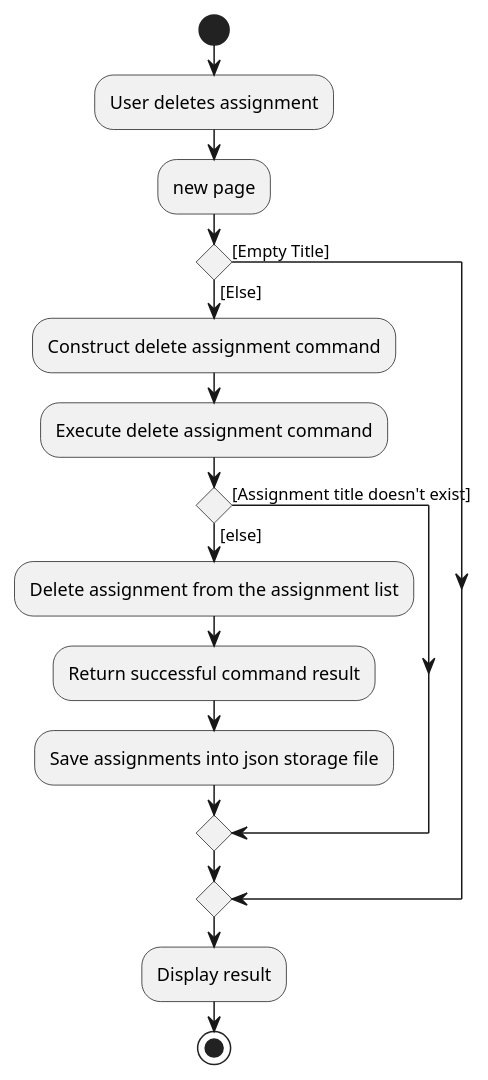
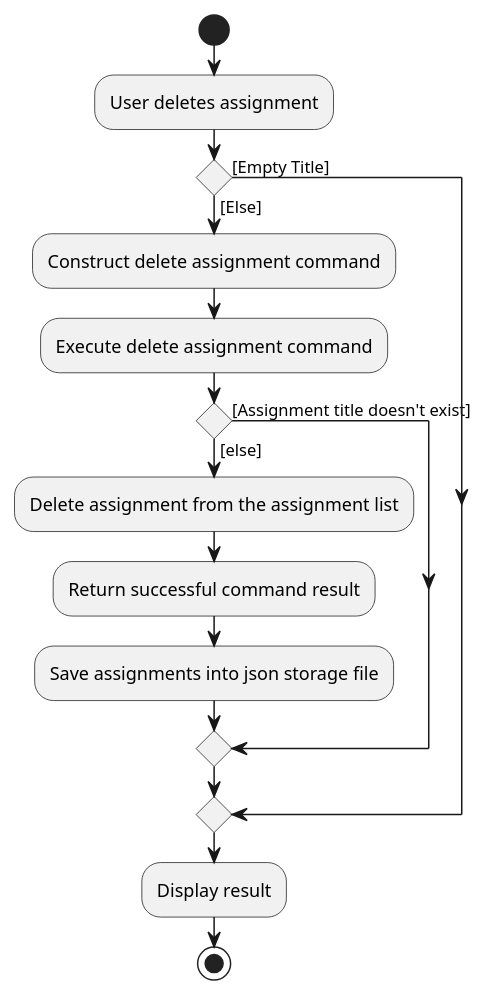
One commit to Fui03/tp changed the diagram in diagrams/DeleteAssignmentActivityDiagram.puml. Above: the diagram before and after it, drawn with PlantUML. The commit also changed 30 other files, not shown here.

```diff
--- a/diagrams/DeleteAssignmentActivityDiagram.puml
+++ b/diagrams/DeleteAssignmentActivityDiagram.puml
@@ -1,20 +1,19 @@
 @startuml
 
 start
 :User deletes assignment;
-:new page;
 if () then ([Empty Title])
 else ([Else])
     :Construct delete assignment command;
     :Execute delete assignment command;
     if () then ([Assignment title doesn't exist])
     else([else])
        :Delete assignment from the assignment list;
        :Return successful command result;
        :Save assignments into json storage file;
     endif
 endif
 :Display result;
 stop
 
 @enduml
```
